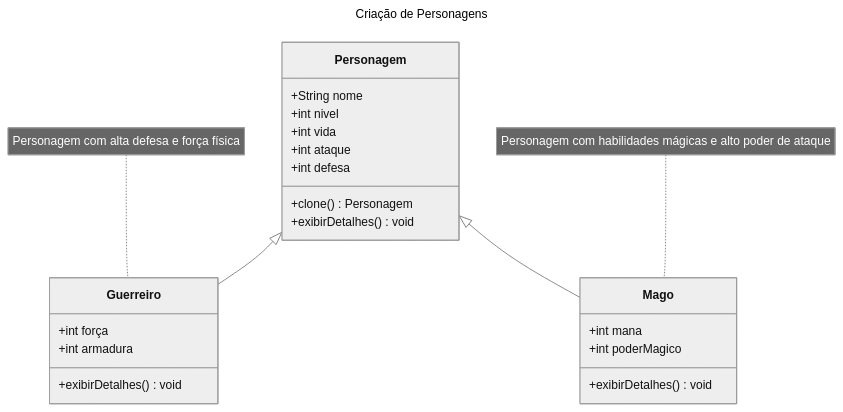
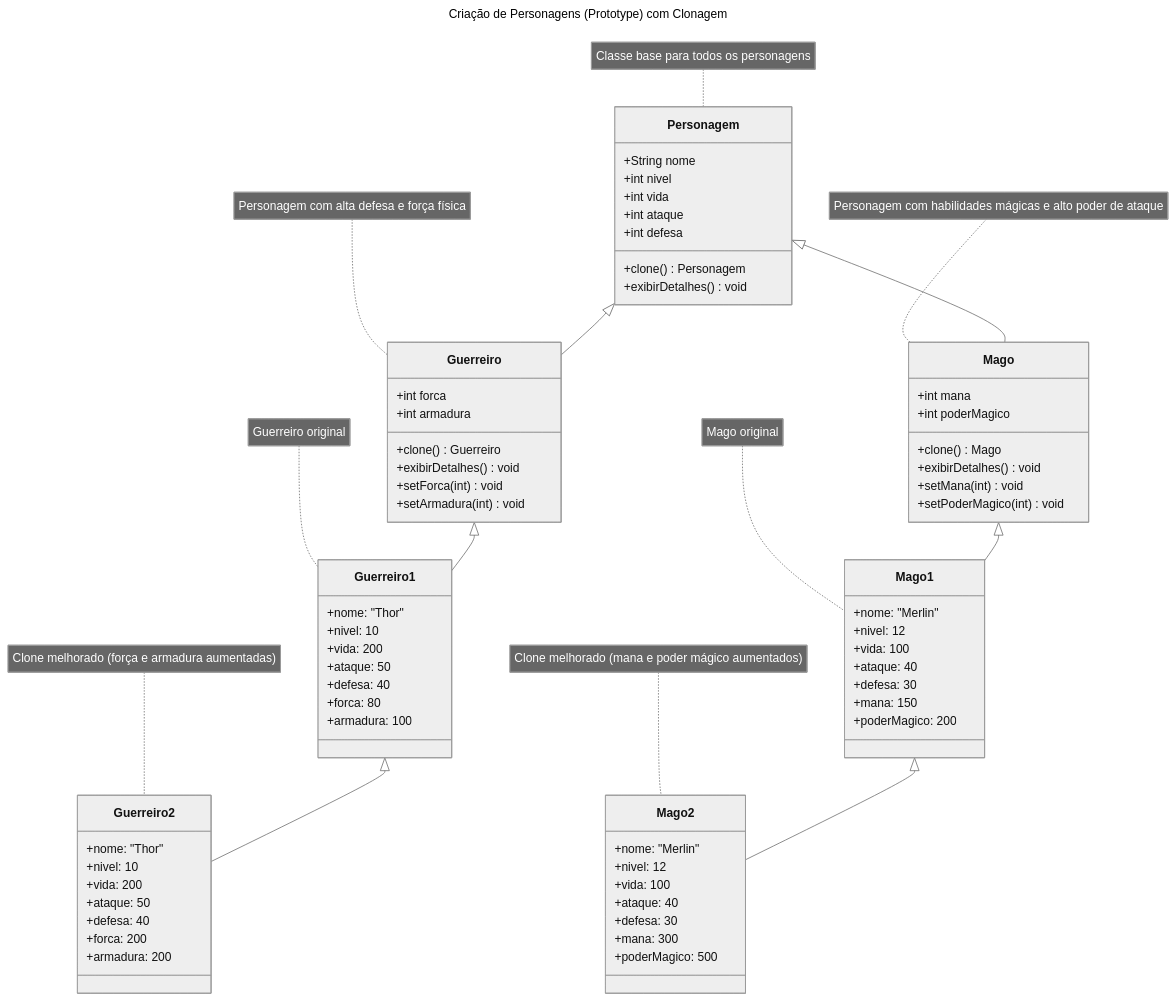
The second of 2 diagrams in PadraoPrototype/README.md (LuisPassosRamos/seminario-ppr-criacional-prototype), drawn with Mermaid (neutral theme) before and after one commit. The commit also changed other lines of this file and 8 other files, not shown here.

````diff
--- a/PadraoPrototype/README.md
+++ b/PadraoPrototype/README.md
@@ -74,6 +74,6 @@
 ```mermaid
 ---
-title: Criação de Personagens
+title: Criação de Personagens (Prototype) com Clonagem
 ---
 classDiagram
     Personagem <|-- Guerreiro
@@ -87,16 +87,71 @@
         +clone() Personagem
         +exibirDetalhes() void
     }
+    note for Personagem "Classe base para todos os personagens"
+
     class Guerreiro {
-        +int força
+        +int forca
         +int armadura
+        +clone() Guerreiro
         +exibirDetalhes() void
+        +setForca(int) void
+        +setArmadura(int) void
     }
+    note for Guerreiro "Personagem com alta defesa e força física"
+
+    Guerreiro <|-- Guerreiro1
+    Guerreiro1 <|-- Guerreiro2
+    class Guerreiro1 {
+        +nome: "Thor"
+        +nivel: 10
+        +vida: 200
+        +ataque: 50
+        +defesa: 40
+        +forca: 80
+        +armadura: 100
+    }
+    class Guerreiro2 {
+        +nome: "Thor"
+        +nivel: 10
+        +vida: 200
+        +ataque: 50
+        +defesa: 40
+        +forca: 200
+        +armadura: 200
+    }
+    note for Guerreiro1 "Guerreiro original"
+    note for Guerreiro2 "Clone melhorado (força e armadura aumentadas)"
+
     class Mago {
         +int mana
         +int poderMagico
+        +clone() Mago
         +exibirDetalhes() void
+        +setMana(int) void
+        +setPoderMagico(int) void
     }
-    note for Guerreiro "Personagem com alta defesa e força física"
     note for Mago "Personagem com habilidades mágicas e alto poder de ataque"
+
+    Mago <|-- Mago1
+    Mago1 <|-- Mago2
+    class Mago1 {
+        +nome: "Merlin"
+        +nivel: 12
+        +vida: 100
+        +ataque: 40
+        +defesa: 30
+        +mana: 150
+        +poderMagico: 200
+    }
+    class Mago2 {
+        +nome: "Merlin"
+        +nivel: 12
+        +vida: 100
+        +ataque: 40
+        +defesa: 30
+        +mana: 300
+        +poderMagico: 500
+    }
+    note for Mago1 "Mago original"
+    note for Mago2 "Clone melhorado (mana e poder mágico aumentados)"
 ```
````
